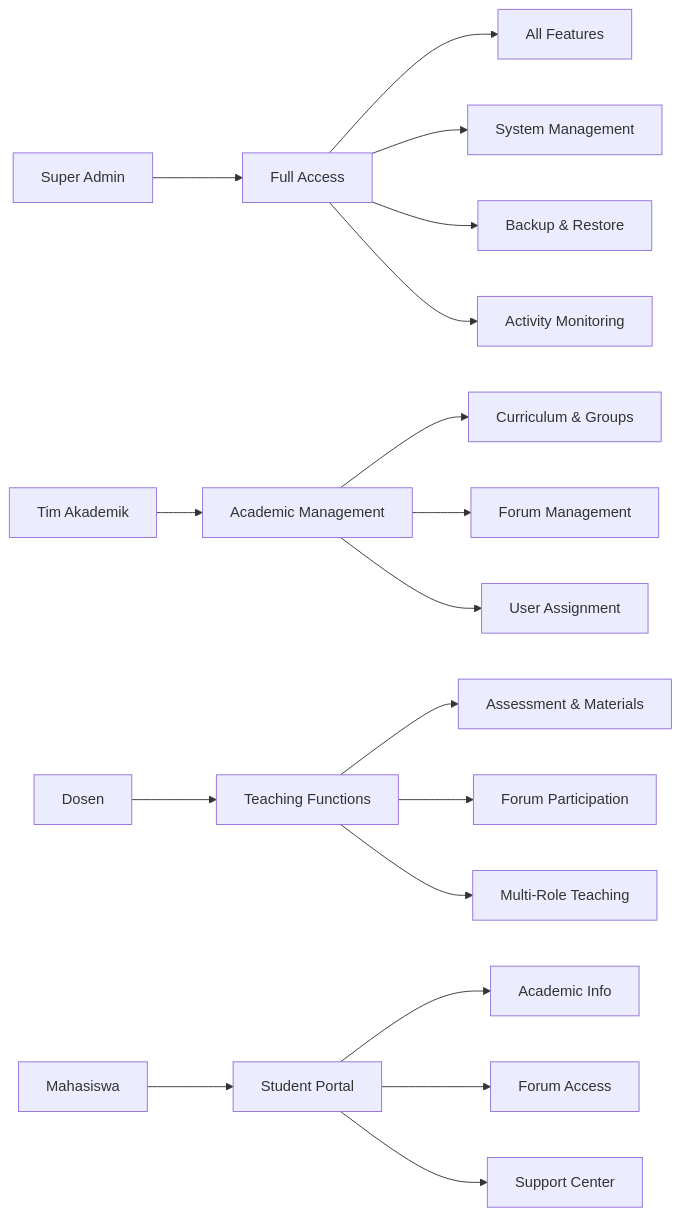
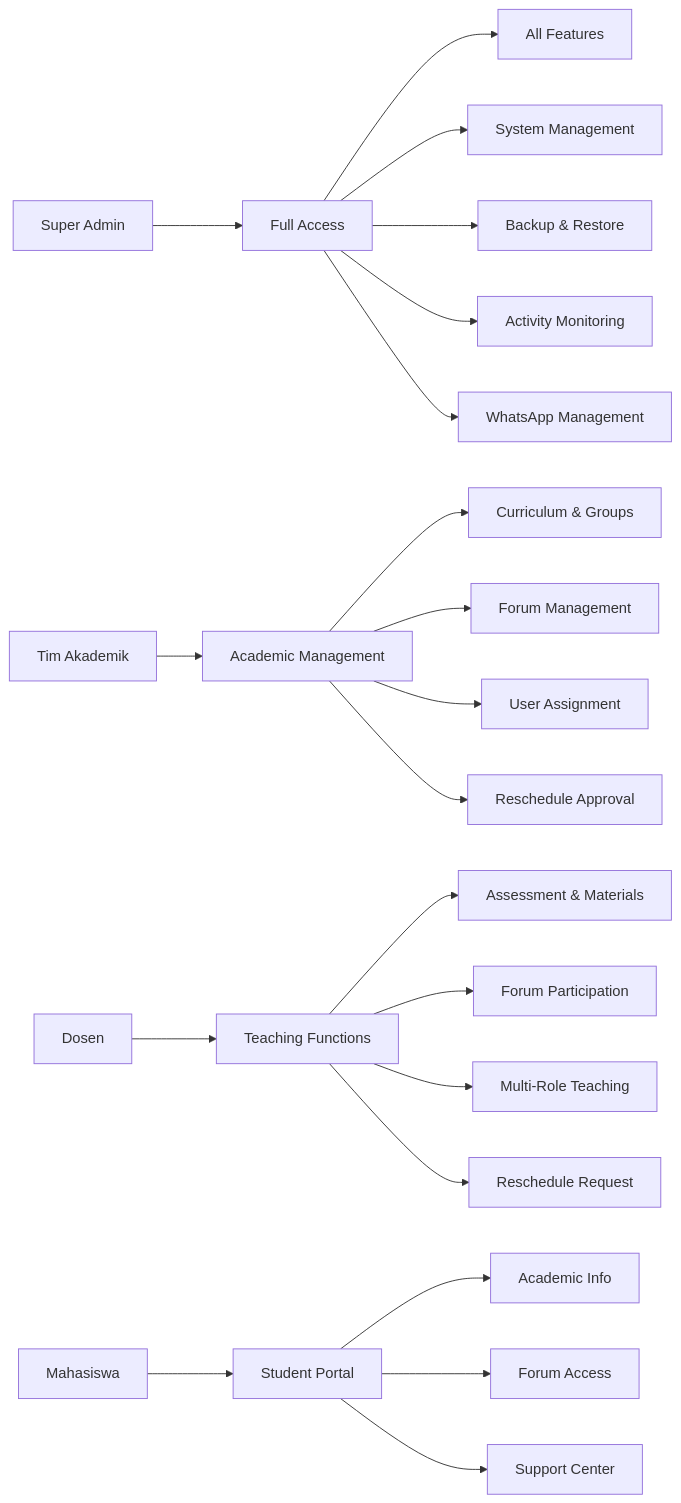
One commit to arkannaufl/isme-fkk changed the second of 2 diagrams in README.md. Above: the diagram before and after it, drawn with Mermaid. The commit also changed other lines of this file and 9 other files, not shown here.

First line of the commit message:
feat: Enhance WhatsApp integration and Excel export functionality

````diff
--- a/README.md
+++ b/README.md
@@ -346,24 +386,27 @@
 ```mermaid
 graph LR
     A[Super Admin] --> B[Full Access]
     C[Tim Akademik] --> D[Academic Management]
     E[Dosen] --> F[Teaching Functions]
     G[Mahasiswa] --> H[Student Portal]
     
     B --> I[All Features]
     B --> J[System Management]
     B --> K[Backup & Restore]
     B --> L[Activity Monitoring]
+    B --> M[WhatsApp Management]
     
-    D --> M[Curriculum & Groups]
-    D --> N[Forum Management]
-    D --> O[User Assignment]
+    D --> N[Curriculum & Groups]
+    D --> O[Forum Management]
+    D --> P[User Assignment]
+    D --> Q[Reschedule Approval]
     
-    F --> P[Assessment & Materials]
-    F --> Q[Forum Participation]
-    F --> R[Multi-Role Teaching]
+    F --> R[Assessment & Materials]
+    F --> S[Forum Participation]
+    F --> T[Multi-Role Teaching]
+    F --> U[Reschedule Request]
     
-    H --> S[Academic Info]
-    H --> T[Forum Access]
-    H --> U[Support Center]
+    H --> V[Academic Info]
+    H --> W[Forum Access]
+    H --> X[Support Center]
 ```
````
